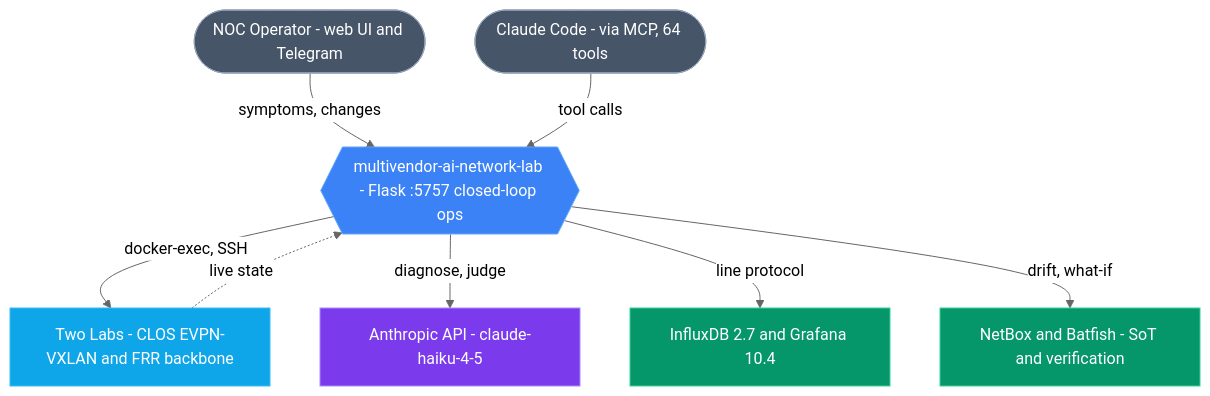
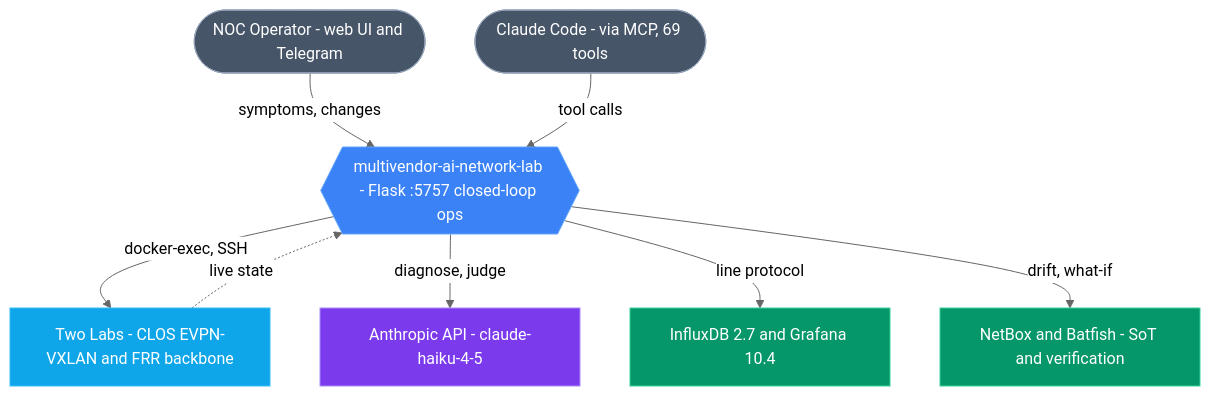
Before and after one commit to Johanesacha/multivendor-ai-network-lab: the diagram in README.md, drawn with Mermaid (neutral theme). The commit also changed other lines of this file and 3 other files, not shown here.

````diff
--- a/README.md
+++ b/README.md
@@ -130,26 +130,26 @@
 ```mermaid
 flowchart TB
     operator(["NOC Operator - web UI and Telegram"]):::actor
-    agents(["Claude Code - via MCP, 64 tools"]):::actor
+    agents(["Claude Code - via MCP, 69 tools"]):::actor
 
     system{{"multivendor-ai-network-lab - Flask :5757 closed-loop ops"}}:::core
 
     labs["Two Labs - CLOS EVPN-VXLAN and FRR backbone"]:::infra
     anthropic["Anthropic API - claude-haiku-4-5"]:::ai
     tsdb["InfluxDB 2.7 and Grafana 10.4"]:::data
     sot["NetBox and Batfish - SoT and verification"]:::data
 
     operator -->|"symptoms, changes"| system
     agents -->|"tool calls"| system
     system -->|"docker-exec, SSH"| labs
     system -->|"diagnose, judge"| anthropic
     system -->|"line protocol"| tsdb
     system -->|"drift, what-if"| sot
     labs -.->|"live state"| system
 
     classDef actor fill:#475569,stroke:#94a3b8,color:#fff
     classDef core fill:#3b82f6,stroke:#60a5fa,color:#fff
     classDef infra fill:#0ea5e9,stroke:#38bdf8,color:#fff
     classDef ai fill:#7c3aed,stroke:#a78bfa,color:#fff
     classDef data fill:#059669,stroke:#34d399,color:#fff
 ```
````
